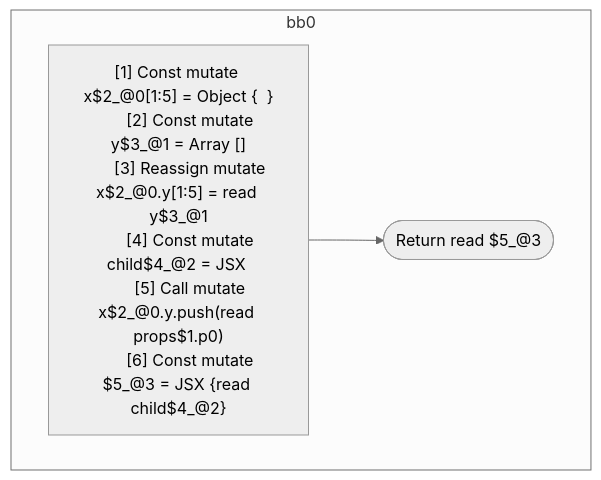
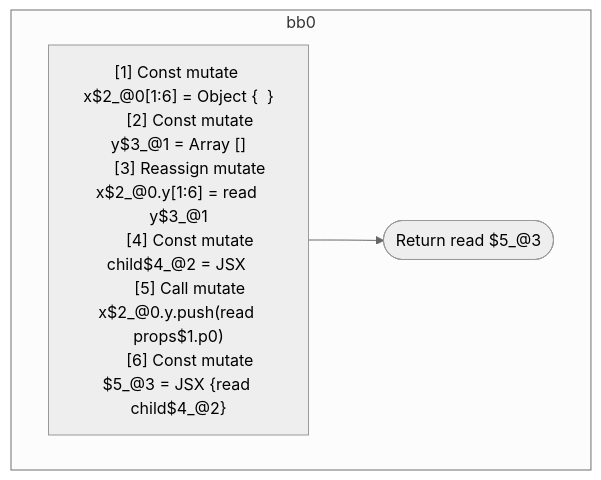
One commit to wutsmog/private changed the diagram in compiler/forget/src/__tests__/fixtures/hir/property-assignment.expect.md. Above: the diagram before and after it, drawn with Mermaid (neutral theme). The commit also changed other lines of this file and 45 other files, not shown here.

````diff
--- a/compiler/forget/src/__tests__/fixtures/hir/property-assignment.expect.md
+++ b/compiler/forget/src/__tests__/fixtures/hir/property-assignment.expect.md
@@ -31,18 +31,18 @@
 ```mermaid
 flowchart TB
   %% Basic Blocks
   subgraph bb0
     bb0_instrs["
-      [1] Const mutate x$2_@0[1:5] = Object {  }
+      [1] Const mutate x$2_@0[1:6] = Object {  }
       [2] Const mutate y$3_@1 = Array []
-      [3] Reassign mutate x$2_@0.y[1:5] = read y$3_@1
+      [3] Reassign mutate x$2_@0.y[1:6] = read y$3_@1
       [4] Const mutate child$4_@2 = JSX <read Component$0 data={freeze y$3_@1} ></read Component$0>
       [5] Call mutate x$2_@0.y.push(read props$1.p0)
       [6] Const mutate $5_@3 = JSX <read Component$0 data={freeze x$2_@0} >{read child$4_@2}</read Component$0>
     "]
     bb0_instrs --> bb0_terminal(["Return read $5_@3"])
   end
 
   %% Jumps
   %% empty
 ```
````
